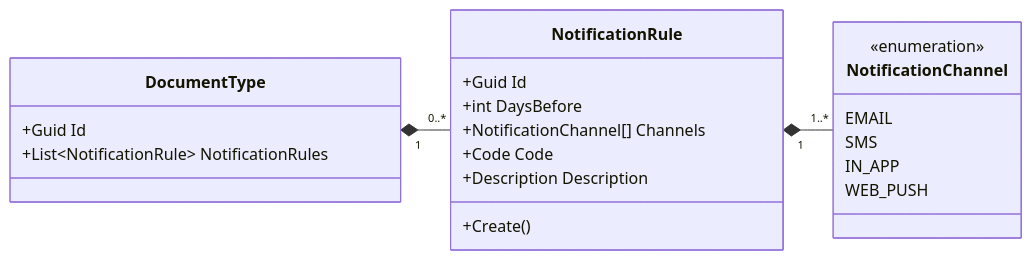
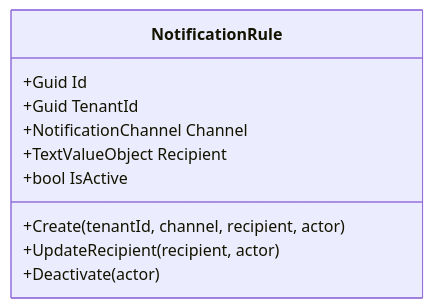
Before and after one commit to beyondnetcode/ums: the first of 3 diagrams in docs/domain/approvals/notification-rule.md, drawn with Mermaid. The commit also changed other lines of this file and 19 other files, not shown here.

````diff
--- a/docs/domain/approvals/notification-rule.md
+++ b/docs/domain/approvals/notification-rule.md
@@ -53,25 +61,13 @@
 ```mermaid
 classDiagram
-    direction LR
-    class DocumentType {
-        +Guid Id
-        +List~NotificationRule~ NotificationRules
-    }
     class NotificationRule {
         +Guid Id
-        +int DaysBefore
-        +NotificationChannel[] Channels
-        +Code Code
-        +Description Description
-        +Create()
+        +Guid TenantId
+        +NotificationChannel Channel
+        +TextValueObject Recipient
+        +bool IsActive
+        +Create(tenantId, channel, recipient, actor)
+        +UpdateRecipient(recipient, actor)
+        +Deactivate(actor)
     }
-    class NotificationChannel {
-        <<enumeration>>
-        EMAIL
-        SMS
-        IN_APP
-        WEB_PUSH
-    }
-    DocumentType "1" *-- "0..*" NotificationRule
-    NotificationRule "1" *-- "1..*" NotificationChannel
 ```
````
